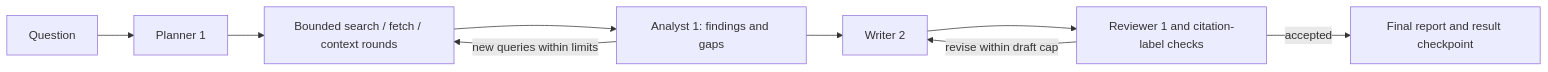
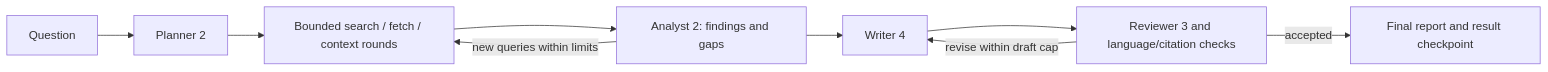
The diagram in README.md (ZhuoQiuMcgill/DeepResearchEngine), drawn with Mermaid before and after one commit. The commit also changed other lines of this file and 35 other files, not shown here.

````diff
--- a/README.md
+++ b/README.md
@@ -90,11 +92,11 @@
 ```mermaid
 flowchart LR
-    Question[Question] --> Planner[Planner 1]
+    Question[Question] --> Planner[Planner 2]
     Planner --> Rounds[Bounded search / fetch / context rounds]
-    Rounds --> Analyst[Analyst 1: findings and gaps]
+    Rounds --> Analyst[Analyst 2: findings and gaps]
     Analyst -->|new queries within limits| Rounds
-    Analyst --> Writer[Writer 2]
-    Writer --> Review[Reviewer 1 and citation-label checks]
+    Analyst --> Writer[Writer 4]
+    Writer --> Review[Reviewer 3 and language/citation checks]
     Review -->|revise within draft cap| Writer
     Review -->|accepted| Report[Final report and result checkpoint]
 ```
````
